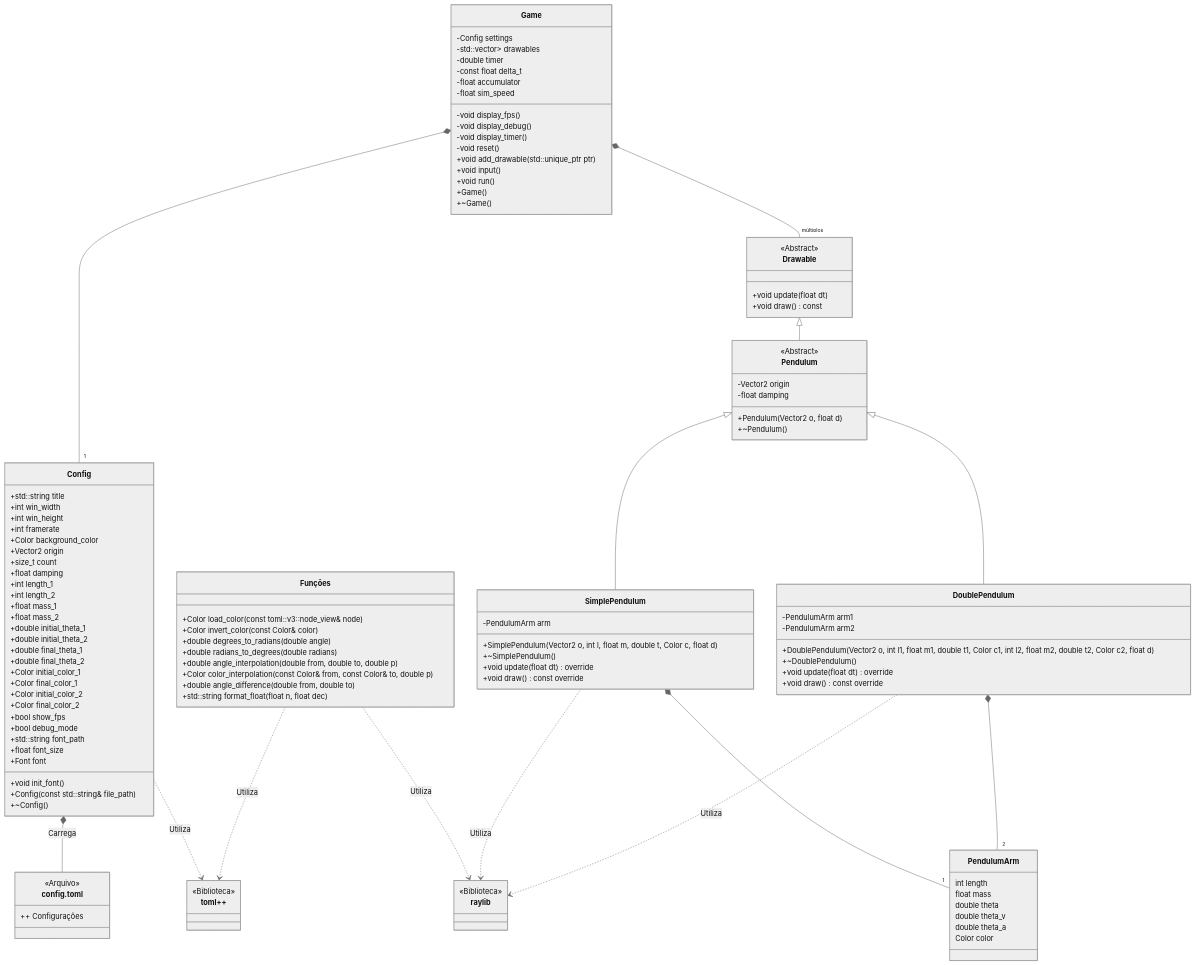
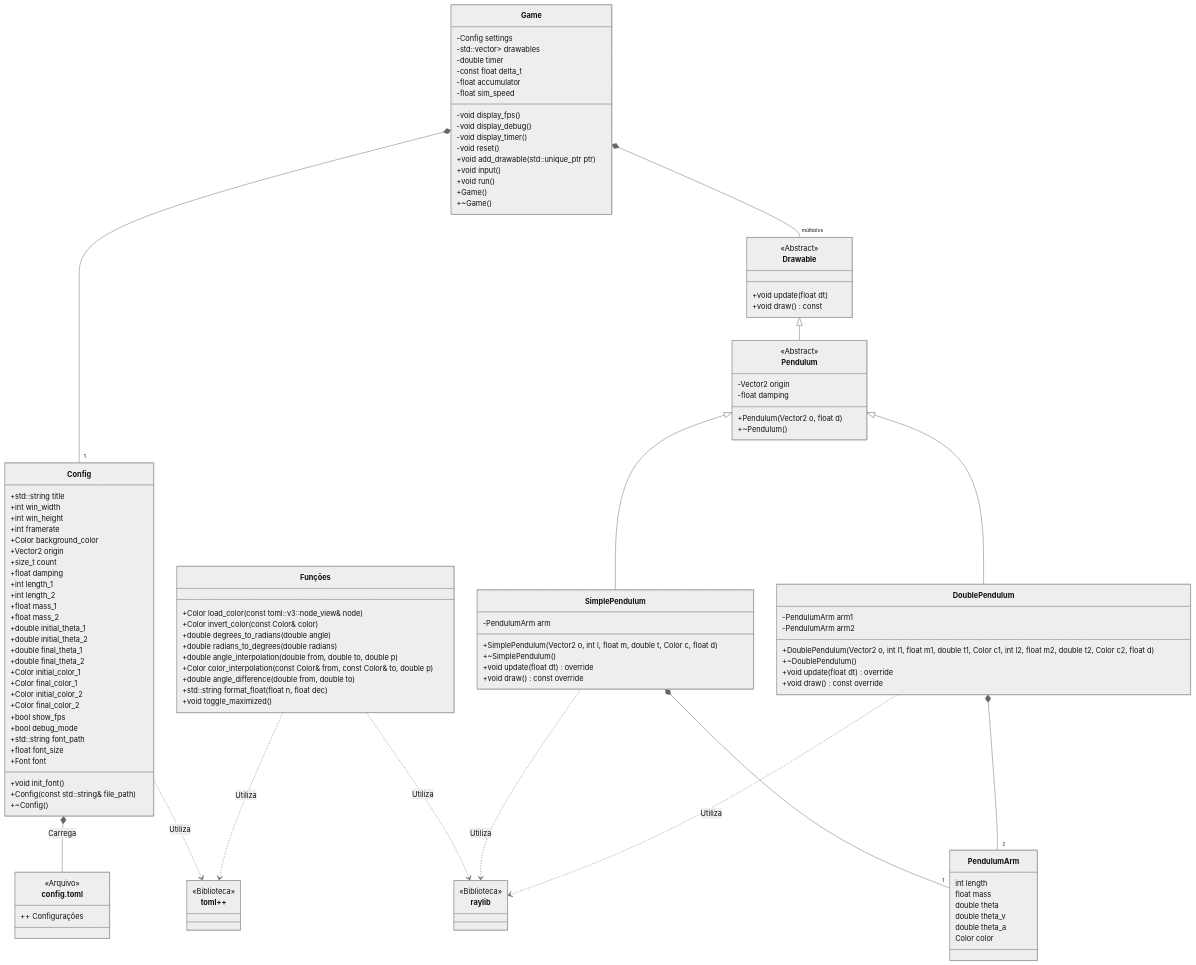
The diagram in readme.md (SamVeras/ChaoticDPends), drawn with Mermaid before and after one commit. The commit also changed 4 other files, not shown here.

```diff
--- a/readme.md
+++ b/readme.md
@@ -195,6 +195,7 @@
       +Color color_interpolation(const Color& from, const Color& to, double p)
       +double angle_difference(double from, double to)
       +std::string format_float(float n, float dec)
+      +void toggle_maximized()
   }
 
   class `config.toml` {
```
